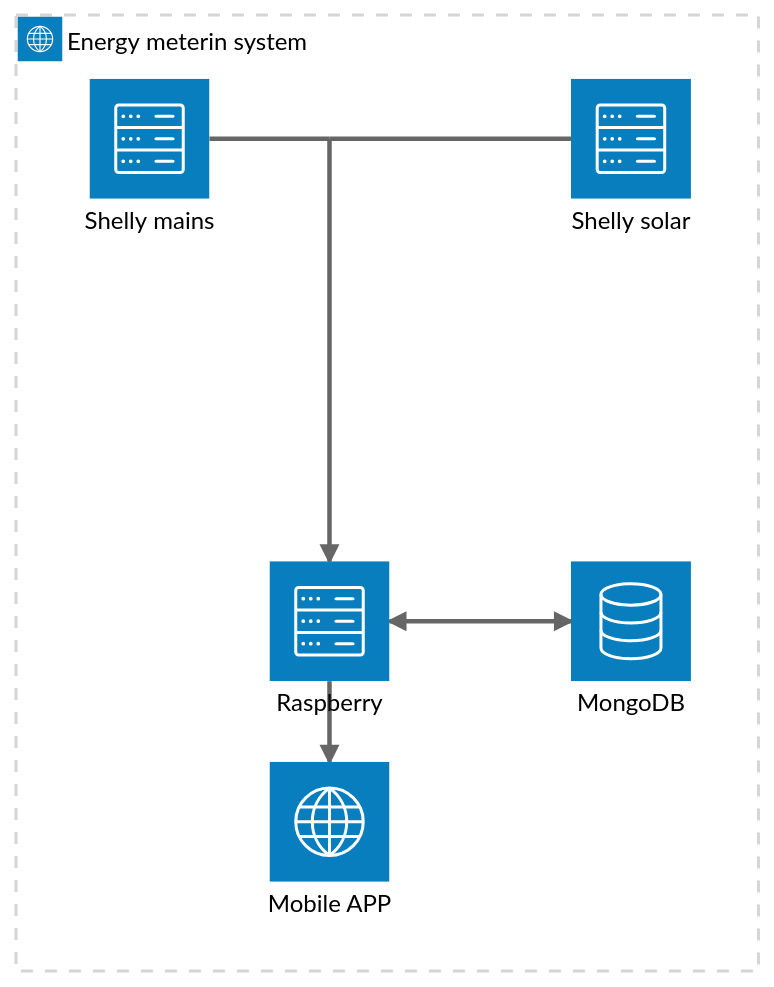
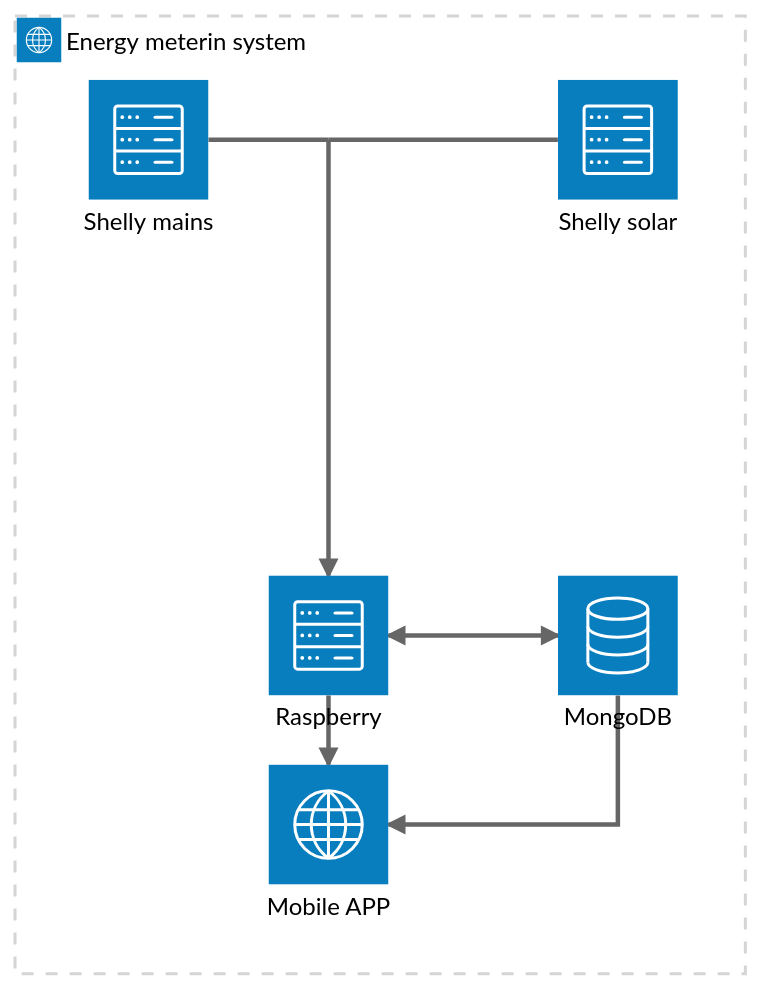
The diagram in README.md (thimanen/energy_meter), drawn with Mermaid (neutral theme) before and after one commit.

Commit message:
add connection between database and application

````diff
--- a/README.md
+++ b/README.md
@@ -9,18 +9,19 @@
 ```mermaid
 architecture-beta
   group energy_meter_system(internet)[Energy meterin system]
     service shelly_mains(server)[Shelly mains] in energy_meter_system
     service shelly_solar(server)[Shelly solar] in energy_meter_system
     service raspberry(server)[Raspberry] in energy_meter_system
     service database(database)[MongoDB] in energy_meter_system
     service application(internet)[Mobile APP] in energy_meter_system
     junction junctionShelly
 
     shelly_mains:R -- L:junctionShelly
     shelly_solar:L -- R:junctionShelly
     junctionShelly:B --> T:raspberry
     database:L <--> R:raspberry
     raspberry:B --> T:application
+    application:R <-- B:database
 
 
 ```
````
